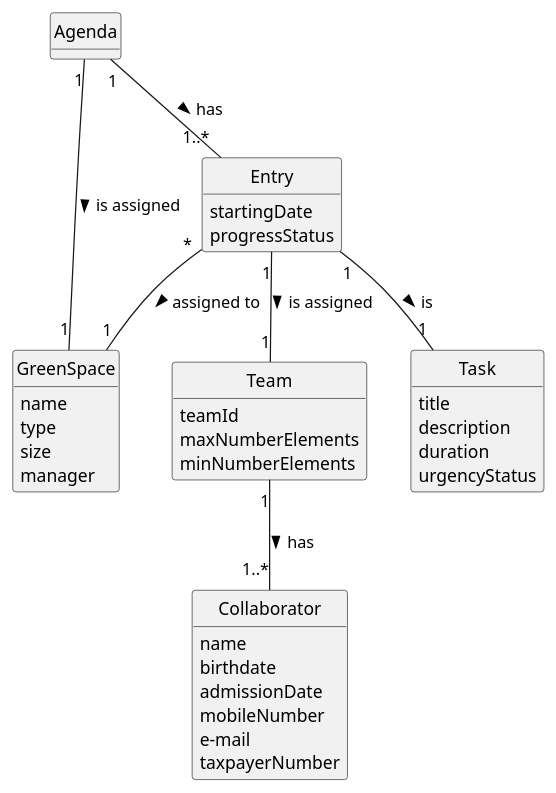
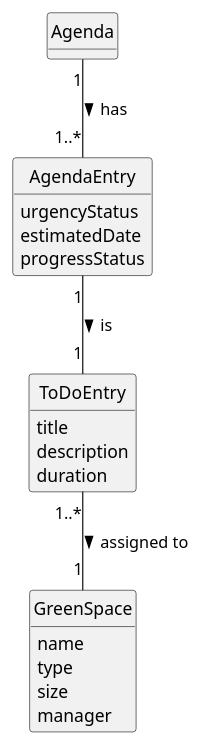
One commit to ricardomm7/leaflink changed the diagram in docs/sprintC/us022/02.analysis/puml/us022-domain-model.puml. Above: the diagram before and after it, drawn with PlantUML. The commit also changed 5 other files, not shown here.

```diff
--- a/docs/sprintC/us022/02.analysis/puml/us022-domain-model.puml
+++ b/docs/sprintC/us022/02.analysis/puml/us022-domain-model.puml
@@ -1,69 +1,46 @@
 @startuml
 skinparam monochrome true
 skinparam packageStyle rectangle
 skinparam shadowing false
 
 'left to right direction
 
 skinparam classAttributeIconSize 0
 
 hide circle
 hide methods
 
 
-class Collaborator {
-    name
-    birthdate
-    admissionDate
-    mobileNumber
-    e-mail
-    taxpayerNumber
-}
 
-class Team {
-    teamId
-    maxNumberElements
-    minNumberElements
-}
-
-class GreenSpace{
-    name
-    type
-    size
-    manager
-
-}
-
-class Entry {
-    startingDate
+class AgendaEntry {
+    urgencyStatus
+    estimatedDate
     progressStatus
 
 }
 
 
-class Task {
+class ToDoEntry {
     title
     description
     duration
-    urgencyStatus
 
 }
 
 class Agenda{
 }
 
-Agenda "1" -- "1..*" Entry: has >
+class GreenSpace{
+name
+type
+size
+manager
 
-Entry "1" -- "1" Task: is >
+}
+Agenda "1" -- "1..*" AgendaEntry: has >
 
-Entry "*" -- "1" GreenSpace : assigned to >
+AgendaEntry "1" -- "1" ToDoEntry: is >
 
-Entry "1" -- "1" Team : is assigned >
-
-Team "1" -- "1..*" Collaborator : has >
-
-Agenda "1" -- "1" GreenSpace : is assigned >
-
-
+ToDoEntry "1..*" -- "1" GreenSpace: assigned to >
 
 @enduml
```
